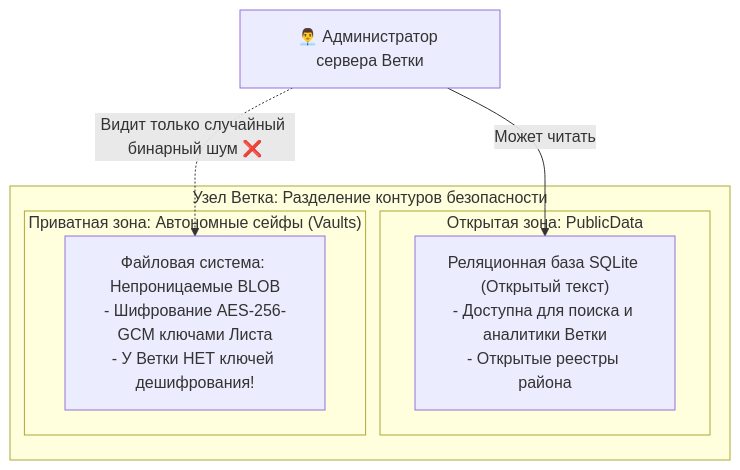
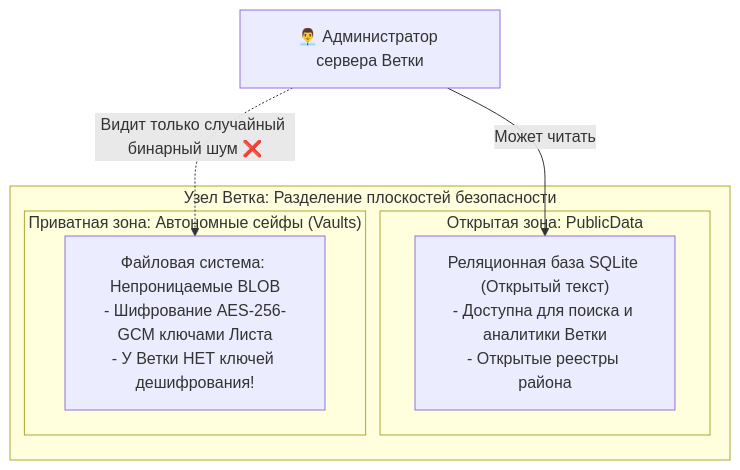
Diagram 13 of 13 in architecture_presentations/04_branch_pipeline_and_storage/docs/presentation_deck.md (Data-Independence-Network/presentations), drawn with Mermaid before and after one commit. The commit also changed other lines of this file and 88 other files, not shown here.

```diff
--- a/architecture_presentations/04_branch_pipeline_and_storage/docs/presentation_deck.md
+++ b/architecture_presentations/04_branch_pipeline_and_storage/docs/presentation_deck.md
@@ -692,15 +692,15 @@
         <div class="mermaid">
 graph TB
-    subgraph BranchNode["Узел Ветка: Разделение контуров безопасности"]
+    subgraph BranchNode["Узел Ветка: Разделение плоскостей безопасности"]
         subgraph PublicZone["Открытая зона: PublicData"]
             PubDB["Реляционная база SQLite (Открытый текст)<br/>- Доступна для поиска и аналитики Ветки<br/>- Открытые реестры района"]
         end
 
         subgraph PrivateZone["Приватная зона: Автономные сейфы (Vaults)"]
             PrivFS["Файловая система: Непроницаемые BLOB<br/>- Шифрование AES-256-GCM ключами Листа<br/>- У Ветки НЕТ ключей дешифрования!"]
         end
     end
 
     Admin["👨‍💼 Администратор сервера Ветки"] -->|Может читать| PubDB
     Admin -.->|Видит только случайный бинарный шум ❌| PrivFS
         </div>
```
